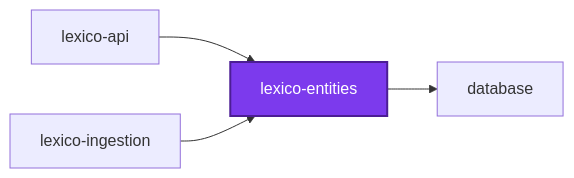
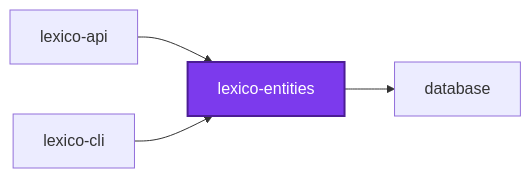
Before and after one commit to Organizzolini/codebase: the first of 3 diagrams in packages/lexico-entities/README.md, drawn with Mermaid. The commit also changed other lines of this file and 1429 other files, not shown here.

Commit message:
refactor(lexico-cli): ♻️ rename lexico-ingestion to lexico-cli under the applications/lexico group

````diff
--- a/packages/lexico-entities/README.md
+++ b/packages/lexico-entities/README.md
@@ -263,12 +263,12 @@
 ```mermaid
 graph LR
   database["database"]
   lexico_api["lexico-api"]
+  lexico_cli["lexico-cli"]
   lexico_entities["lexico-entities"]
-  lexico_ingestion["lexico-ingestion"]
   lexico_api --> lexico_entities
+  lexico_cli --> lexico_entities
   lexico_entities --> database
-  lexico_ingestion --> lexico_entities
   classDef subject fill:#7c3aed,color:#fff,stroke:#4c1d95,stroke-width:2px
   class lexico_entities subject
 ```
````
